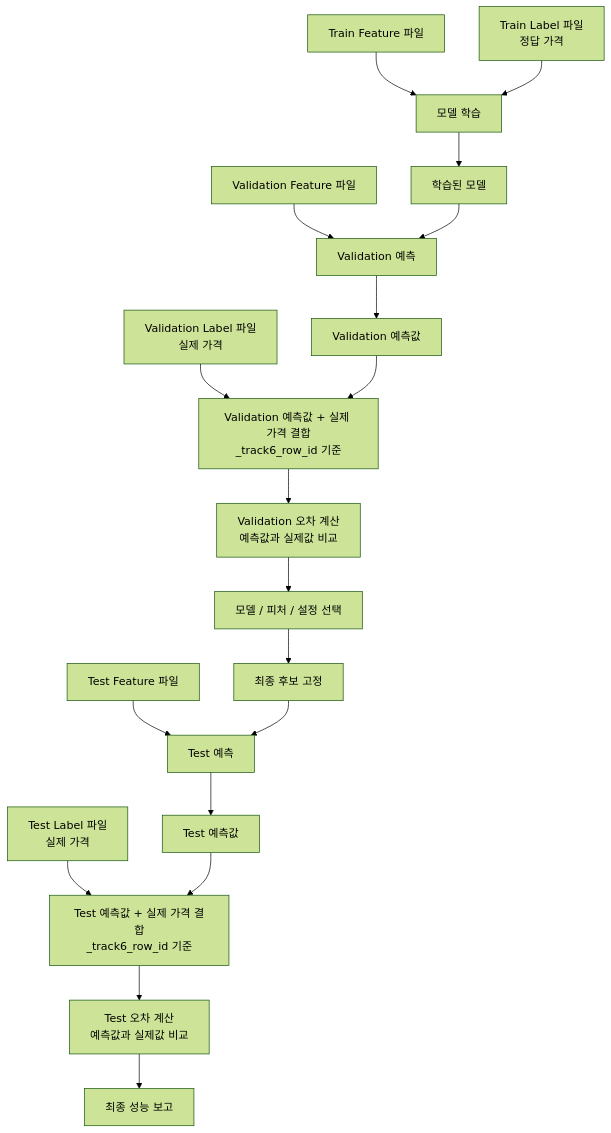
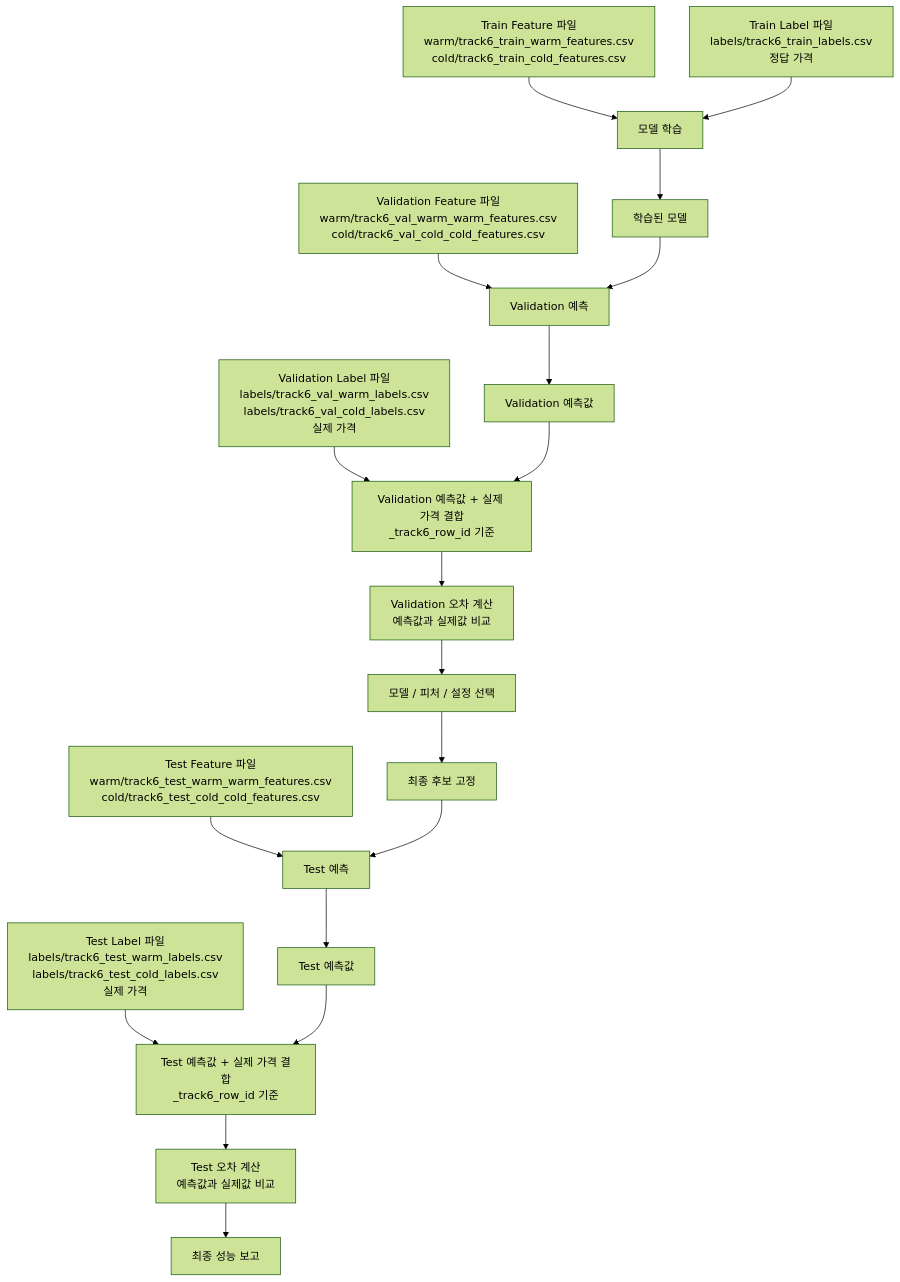
Before and after one commit to bo-ahto/VisionAI: the diagram in docs/track6/dataset/train_eval_label_flow.md, drawn with Mermaid (forest theme). The commit also changed other lines of this file, not shown here.

Commit message:
docs(track6): show file names in label flow

````diff
--- a/docs/track6/dataset/train_eval_label_flow.md
+++ b/docs/track6/dataset/train_eval_label_flow.md
@@ -9,29 +9,29 @@
 ```mermaid
 flowchart TD
-    A[Train Feature 파일] --> C[모델 학습]
-    B[Train Label 파일<br/>정답 가격] --> C
+    A[Train Feature 파일<br/>warm/track6_train_warm_features.csv<br/>cold/track6_train_cold_features.csv] --> C[모델 학습]
+    B[Train Label 파일<br/>labels/track6_train_labels.csv<br/>정답 가격] --> C
 
     C --> D[학습된 모델]
 
-    E[Validation Feature 파일] --> F[Validation 예측]
+    E[Validation Feature 파일<br/>warm/track6_val_warm_warm_features.csv<br/>cold/track6_val_cold_cold_features.csv] --> F[Validation 예측]
     D --> F
     F --> G[Validation 예측값]
 
-    H[Validation Label 파일<br/>실제 가격] --> I[Validation 예측값 + 실제 가격 결합<br/>_track6_row_id 기준]
+    H[Validation Label 파일<br/>labels/track6_val_warm_labels.csv<br/>labels/track6_val_cold_labels.csv<br/>실제 가격] --> I[Validation 예측값 + 실제 가격 결합<br/>_track6_row_id 기준]
     G --> I
     I --> V[Validation 오차 계산<br/>예측값과 실제값 비교]
 
     V --> J[모델 / 피처 / 설정 선택]
 
     J --> K[최종 후보 고정]
 
-    L[Test Feature 파일] --> M[Test 예측]
+    L[Test Feature 파일<br/>warm/track6_test_warm_warm_features.csv<br/>cold/track6_test_cold_cold_features.csv] --> M[Test 예측]
     K --> M
     M --> N[Test 예측값]
 
-    O[Test Label 파일<br/>실제 가격] --> P[Test 예측값 + 실제 가격 결합<br/>_track6_row_id 기준]
+    O[Test Label 파일<br/>labels/track6_test_warm_labels.csv<br/>labels/track6_test_cold_labels.csv<br/>실제 가격] --> P[Test 예측값 + 실제 가격 결합<br/>_track6_row_id 기준]
     N --> P
     P --> T[Test 오차 계산<br/>예측값과 실제값 비교]
 
     T --> Q[최종 성능 보고]
 ```
````
